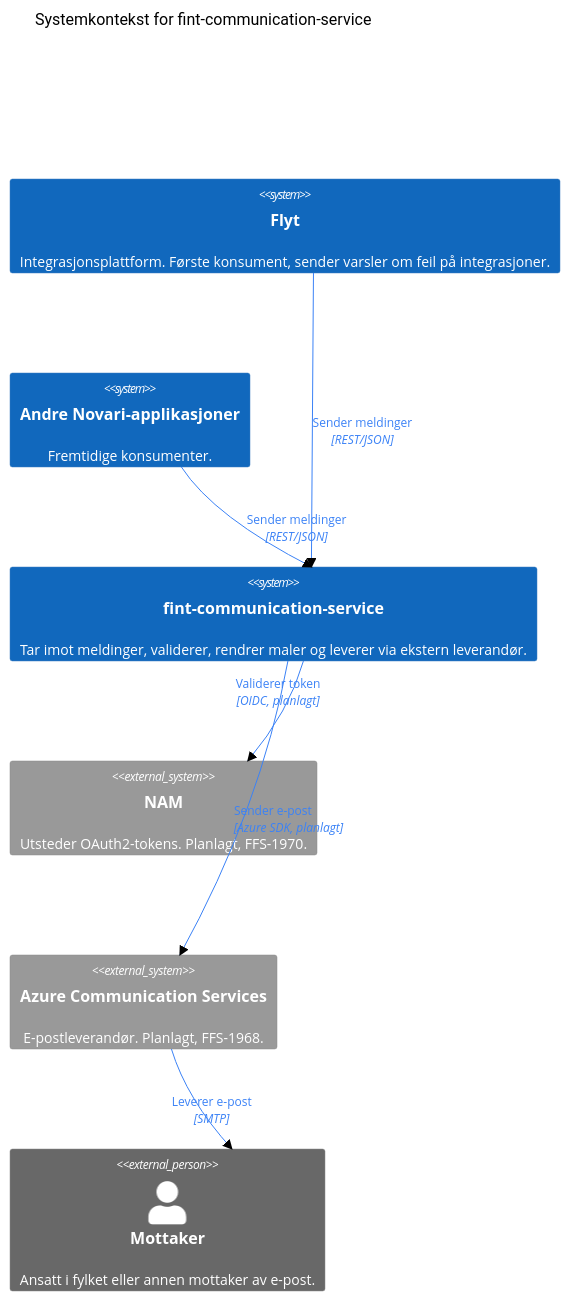
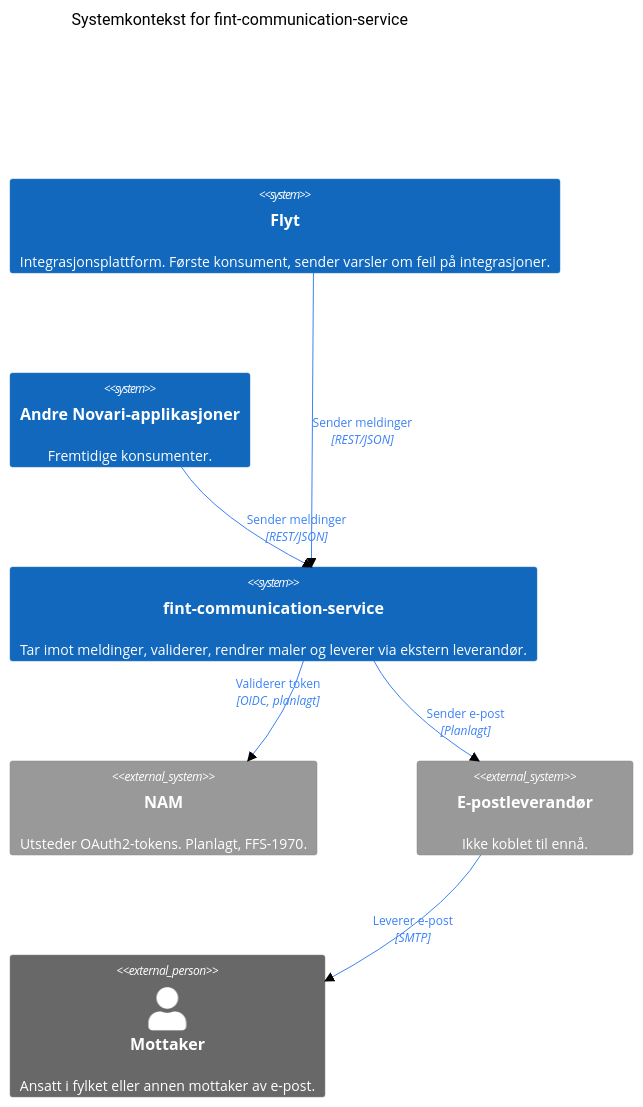
Before and after one commit to FINTLabs/fint-communication-service: the first of 14 diagrams in docs/architecture.md, drawn with Mermaid (forest theme). The commit also changed other lines of this file and 32 other files, not shown here.

````diff
--- a/docs/architecture.md
+++ b/docs/architecture.md
@@ -36,24 +36,24 @@
 ```mermaid
 C4Context
     title Systemkontekst for fint-communication-service
 
     System(flyt, "Flyt", "Integrasjonsplattform. Første konsument, sender varsler om feil på integrasjoner.")
     System(andre, "Andre Novari-applikasjoner", "Fremtidige konsumenter.")
     System(comm, "fint-communication-service", "Tar imot meldinger, validerer, rendrer maler og leverer via ekstern leverandør.")
     System_Ext(nam, "NAM", "Utsteder OAuth2-tokens. Planlagt, FFS-1970.")
-    System_Ext(acs, "Azure Communication Services", "E-postleverandør. Planlagt, FFS-1968.")
+    System_Ext(provider, "E-postleverandør", "Ikke koblet til ennå.")
     Person_Ext(mottaker, "Mottaker", "Ansatt i fylket eller annen mottaker av e-post.")
 
     Rel(flyt, comm, "Sender meldinger", "REST/JSON")
     Rel(andre, comm, "Sender meldinger", "REST/JSON")
     Rel(comm, nam, "Validerer token", "OIDC, planlagt")
-    Rel(comm, acs, "Sender e-post", "Azure SDK, planlagt")
-    Rel(acs, mottaker, "Leverer e-post", "SMTP")
+    Rel(comm, provider, "Sender e-post", "Planlagt")
+    Rel(provider, mottaker, "Leverer e-post", "SMTP")
 
     UpdateRelStyle(flyt, comm, $textColor="#3B82F6", $lineColor="#3B82F6")
     UpdateRelStyle(andre, comm, $textColor="#3B82F6", $lineColor="#3B82F6")
     UpdateRelStyle(comm, nam, $textColor="#3B82F6", $lineColor="#3B82F6", $offsetY="-30", $offsetX="-40")
-    UpdateRelStyle(comm, acs, $textColor="#3B82F6", $lineColor="#3B82F6")
-    UpdateRelStyle(acs, mottaker, $textColor="#3B82F6", $lineColor="#3B82F6", $offsetX="-30")
+    UpdateRelStyle(comm, provider, $textColor="#3B82F6", $lineColor="#3B82F6")
+    UpdateRelStyle(provider, mottaker, $textColor="#3B82F6", $lineColor="#3B82F6", $offsetX="-30")
     UpdateLayoutConfig($c4ShapeInRow="2", $c4BoundaryInRow="1")
 ```
````
